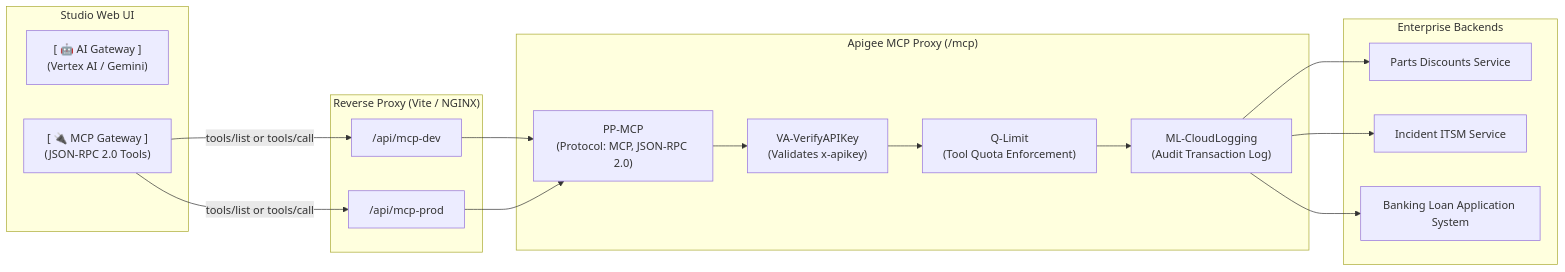
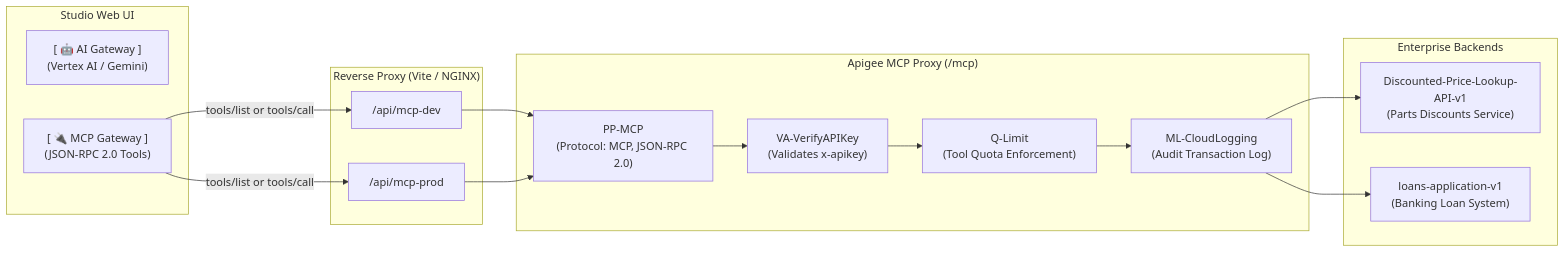
Before and after one commit to yem0428/apigee-ai-gateway-demo: the third of 4 diagrams in docs/apigee_ai_gateway_demo_design.md, drawn with Mermaid. The commit also changed other lines of this file and 166 other files, not shown here.

````diff
--- a/docs/apigee_ai_gateway_demo_design.md
+++ b/docs/apigee_ai_gateway_demo_design.md
@@ -147,32 +163,30 @@
 ```mermaid
 flowchart LR
     subgraph Client ["Studio Web UI"]
         AITab["[ 🤖 AI Gateway ]\n(Vertex AI / Gemini)"]
         MCPTab["[ 🔌 MCP Gateway ]\n(JSON-RPC 2.0 Tools)"]
     end
 
     subgraph ReverseProxy ["Reverse Proxy (Vite / NGINX)"]
         DevMcp["/api/mcp-dev"]
         ProdMcp["/api/mcp-prod"]
     end
 
     subgraph ApigeeMCP ["Apigee MCP Proxy (/mcp)"]
         PP["PP-MCP\n(Protocol: MCP, JSON-RPC 2.0)"]
         VA["VA-VerifyAPIKey\n(Validates x-apikey)"]
         Q["Q-Limit\n(Tool Quota Enforcement)"]
         ML["ML-CloudLogging\n(Audit Transaction Log)"]
     end
 
     subgraph Backend ["Enterprise Backends"]
-        Discounts["Parts Discounts Service"]
-        ServiceNow["Incident ITSM Service"]
-        Loans["Banking Loan Application System"]
+        Discounts["Discounted-Price-Lookup-API-v1\n(Parts Discounts Service)"]
+        Loans["loans-application-v1\n(Banking Loan System)"]
     end
 
     MCPTab -->|tools/list or tools/call| DevMcp --> PP
     MCPTab -->|tools/list or tools/call| ProdMcp --> PP
     PP --> VA --> Q --> ML
     ML --> Discounts
-    ML --> ServiceNow
     ML --> Loans
 ```
````
